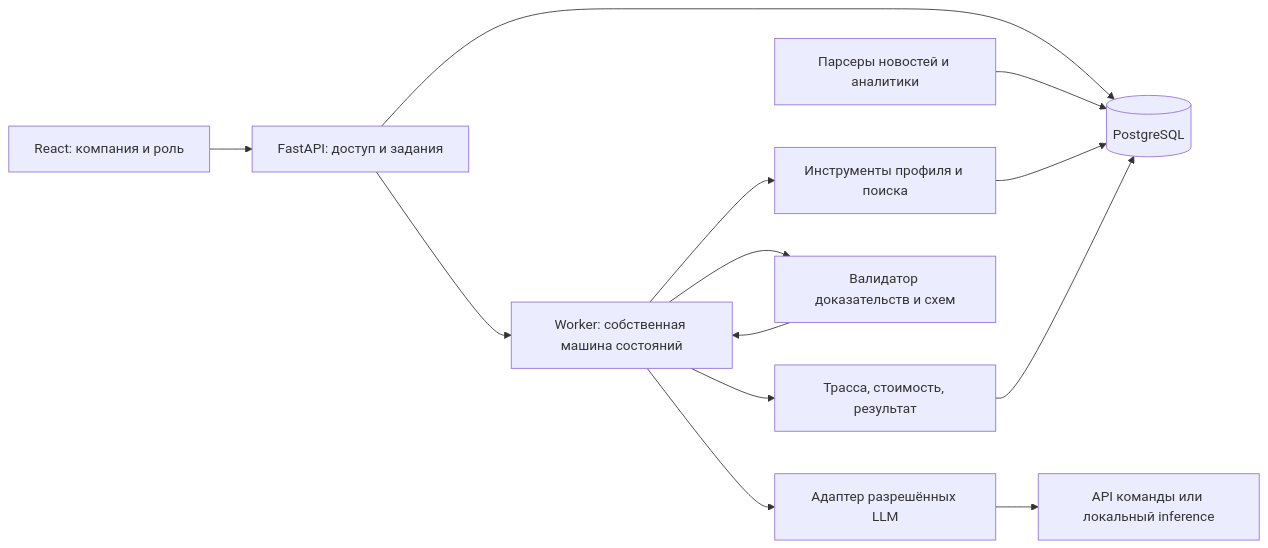
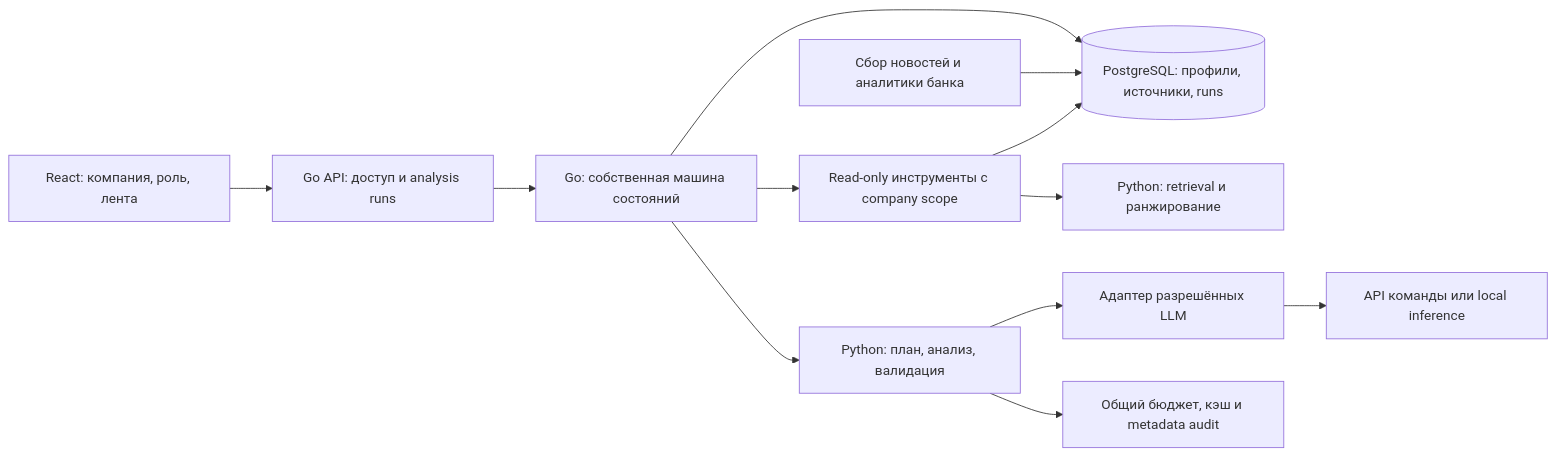
The diagram in docs/architecture.md (DenisMekh/AlfaHack), drawn with Mermaid before and after one commit. The commit also changed other lines of this file and 19 other files, not shown here.

Commit message:
docs: define Go React Python adaptation and tasks for five teammates

````diff
--- a/docs/architecture.md
+++ b/docs/architecture.md
@@ -5,15 +5,14 @@
 ```mermaid
 flowchart LR
- UI[React: компания и роль] --> API[FastAPI: доступ и задания]
- API --> DB[(PostgreSQL)]
- API --> W[Worker: собственная машина состояний]
- I[Парсеры новостей и аналитики] --> DB
- W --> T[Инструменты профиля и поиска]
+ UI[React: компания, роль, лента] --> API[Go API: доступ и analysis runs]
+ API --> O[Go: собственная машина состояний]
+ O --> DB[(PostgreSQL: профили, источники, runs)]
+ I[Сбор новостей и аналитики банка] --> DB
+ O --> T[Read-only инструменты с company scope]
  T --> DB
- W --> L[Адаптер разрешённых LLM]
- L --> P[API команды или локальный inference]
- W --> V[Валидатор доказательств и схем]
- V --> W
- W --> A[Трасса, стоимость, результат]
- A --> DB
+ T --> R[Python: retrieval и ранжирование]
+ O --> M[Python: план, анализ, валидация]
+ M --> L[Адаптер разрешённых LLM]
+ L --> P[API команды или local inference]
+ M --> B[Общий бюджет, кэш и metadata audit]
 ```
````
